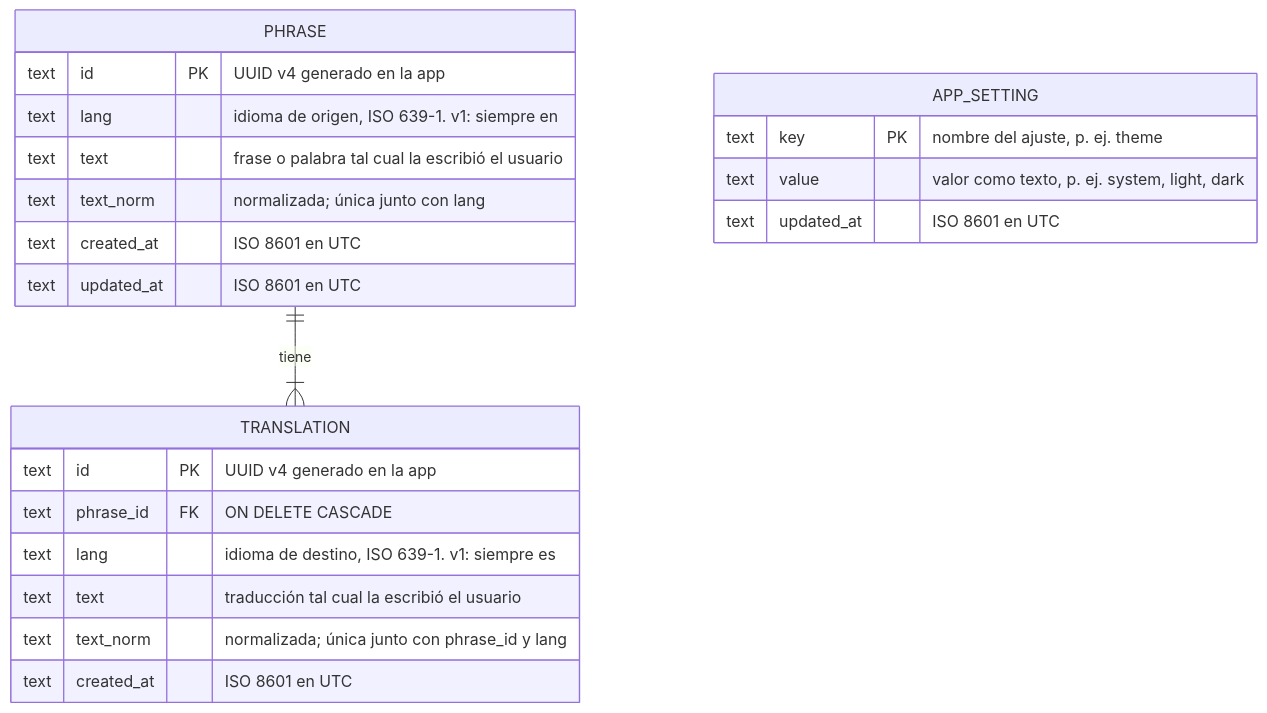
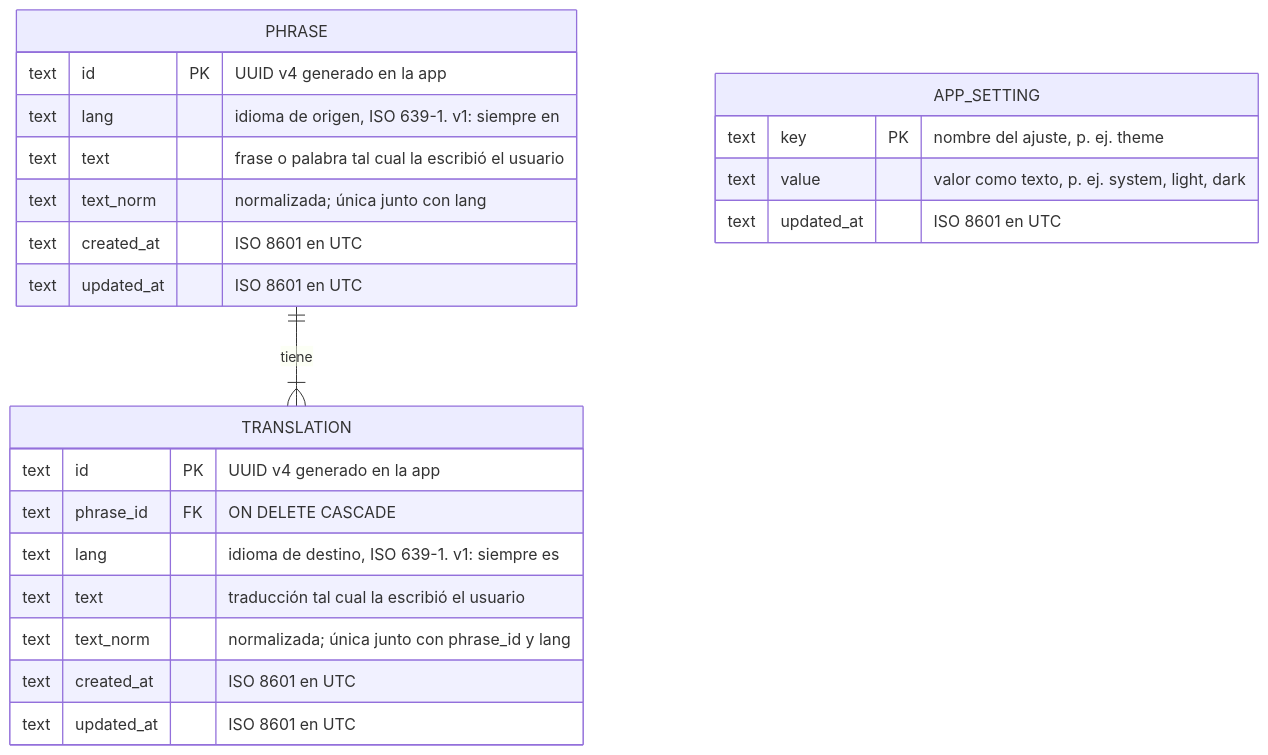
One commit to Dirac2022/VocApp changed the third of 4 diagrams in docs/architecture/diagrams.md. Above: the diagram before and after it, drawn with Mermaid. The commit also changed 6 other files, not shown here.

````diff
--- a/docs/architecture/diagrams.md
+++ b/docs/architecture/diagrams.md
@@ -81,28 +81,29 @@
 ```mermaid
 erDiagram
     PHRASE ||--|{ TRANSLATION : "tiene"
 
     PHRASE {
         text id PK "UUID v4 generado en la app"
         text lang "idioma de origen, ISO 639-1. v1: siempre en"
         text text "frase o palabra tal cual la escribió el usuario"
         text text_norm "normalizada; única junto con lang"
         text created_at "ISO 8601 en UTC"
         text updated_at "ISO 8601 en UTC"
     }
 
     TRANSLATION {
         text id PK "UUID v4 generado en la app"
         text phrase_id FK "ON DELETE CASCADE"
         text lang "idioma de destino, ISO 639-1. v1: siempre es"
         text text "traducción tal cual la escribió el usuario"
         text text_norm "normalizada; única junto con phrase_id y lang"
         text created_at "ISO 8601 en UTC"
+        text updated_at "ISO 8601 en UTC"
     }
 
     APP_SETTING {
         text key PK "nombre del ajuste, p. ej. theme"
         text value "valor como texto, p. ej. system, light, dark"
         text updated_at "ISO 8601 en UTC"
     }
 ```
````
